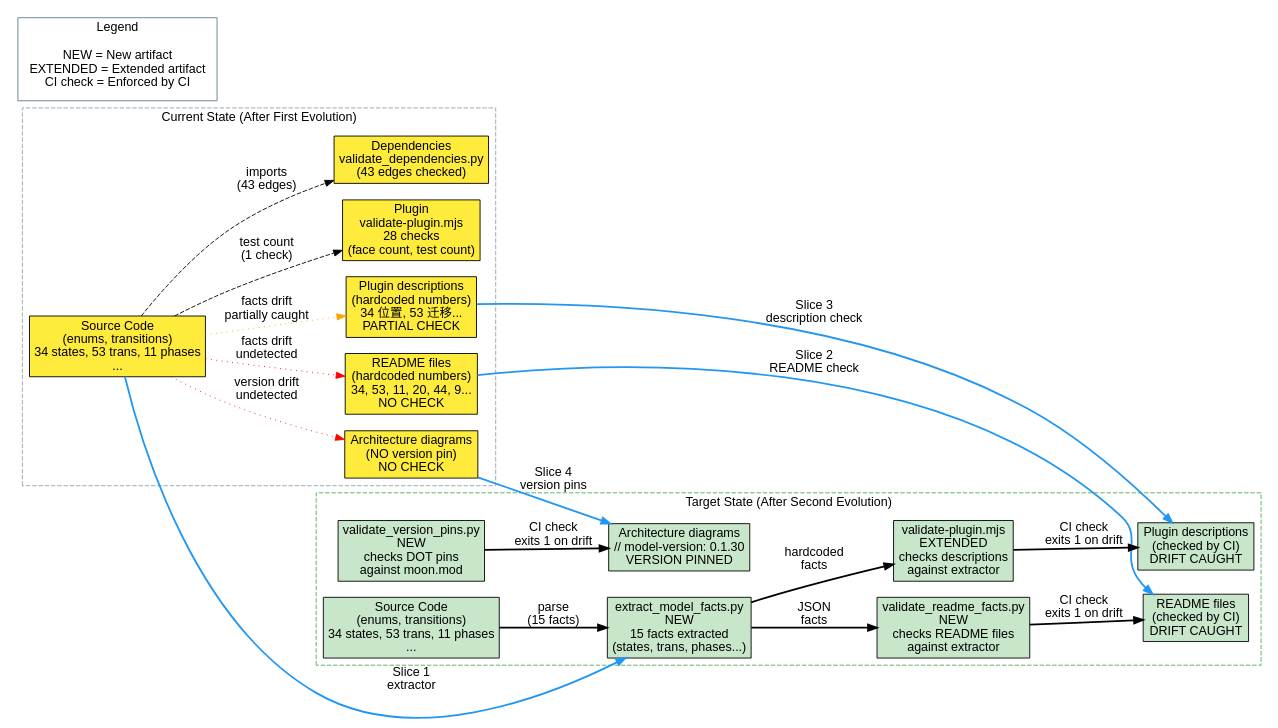
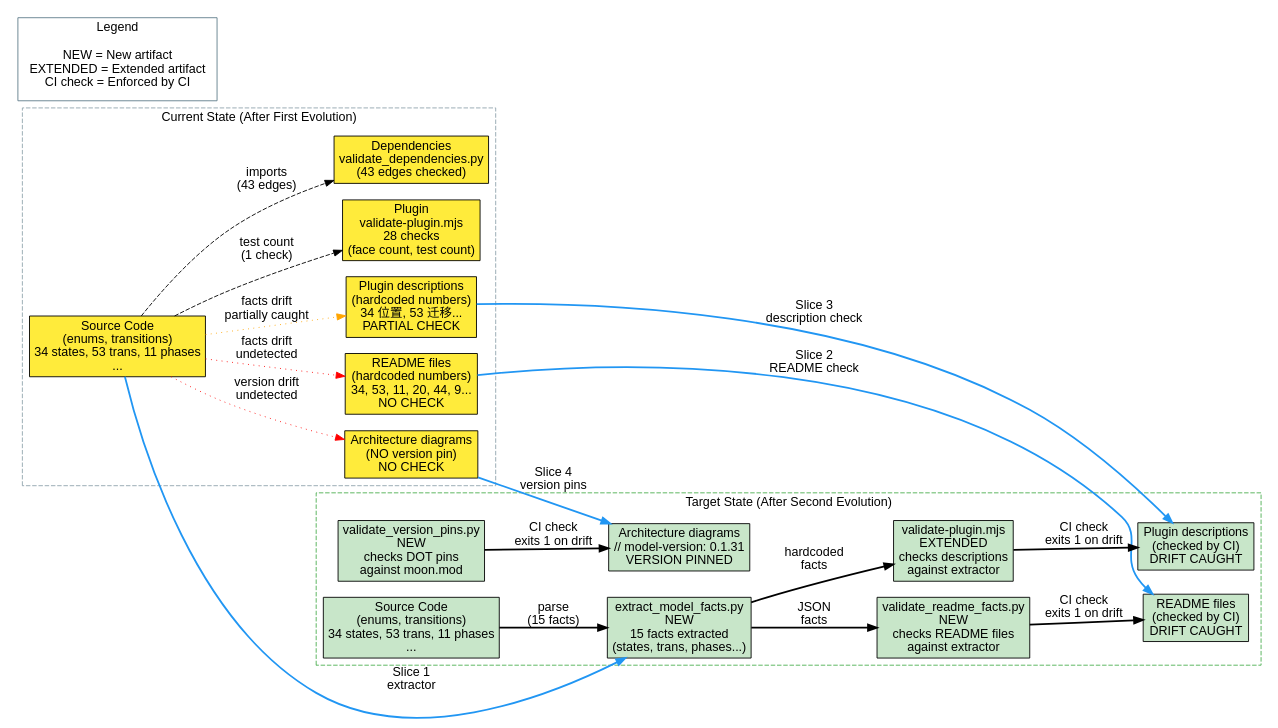
Before and after one commit to riantr/pyroduct: the diagram in architecture/architecture-evolution-v2.dot, drawn with Graphviz. The commit also changed 10 other files, not shown here.

```diff
--- a/architecture/architecture-evolution-v2.dot
+++ b/architecture/architecture-evolution-v2.dot
@@ -1,74 +1,74 @@
 // Model Fact Registry Evolution — Current vs Target State
 // Generated: 2026-10-11
 
 // model-version: 0.1.31
 digraph EvolutionV2 {
   rankdir=LR;
   fontname="Arial";
   node [fontname="Arial", style=filled, fillcolor="#E3F2FD", shape=box];
   edge [fontname="Arial"];
   
   subgraph cluster_current {
     label="Current State (After First Evolution)";
     style=dashed;
     color="#90A4AE";
     fontname="Arial";
     
     node [fillcolor="#FFEB3B"];
     
     current_source [label="Source Code\n(enums, transitions)\n34 states, 53 trans, 11 phases\n..."];
     current_plugin [label="Plugin\nvalidate-plugin.mjs\n28 checks\n(face count, test count)"];
     current_deps [label="Dependencies\nvalidate_dependencies.py\n(43 edges checked)"];
     current_readme [label="README files\n(hardcoded numbers)\n34, 53, 11, 20, 44, 9...\nNO CHECK"];
     current_desc [label="Plugin descriptions\n(hardcoded numbers)\n34 位置, 53 迁移...\nPARTIAL CHECK"];
     current_diagrams [label="Architecture diagrams\n(NO version pin)\nNO CHECK"];
     
     current_source -> current_plugin [label="test count\n(1 check)", style=dashed];
     current_source -> current_deps [label="imports\n(43 edges)", style=dashed];
     current_source -> current_readme [label="facts drift\nundetected", style=dotted, color=red];
     current_source -> current_desc [label="facts drift\npartially caught", style=dotted, color=orange];
     current_source -> current_diagrams [label="version drift\nundetected", style=dotted, color=red];
   }
   
   subgraph cluster_target {
     label="Target State (After Second Evolution)";
     style=dashed;
     color="#4CAF50";
     fontname="Arial";
     
     node [fillcolor="#C8E6C9"];
     
     target_source [label="Source Code\n(enums, transitions)\n34 states, 53 trans, 11 phases\n..."];
     target_extractor [label="extract_model_facts.py\nNEW\n15 facts extracted\n(states, trans, phases...)"];
     target_readme_check [label="validate_readme_facts.py\nNEW\nchecks README files\nagainst extractor"];
     target_plugin_check [label="validate-plugin.mjs\nEXTENDED\nchecks descriptions\nagainst extractor"];
     target_version_check [label="validate_version_pins.py\nNEW\nchecks DOT pins\nagainst moon.mod"];
     target_readme [label="README files\n(checked by CI)\nDRIFT CAUGHT"];
     target_desc [label="Plugin descriptions\n(checked by CI)\nDRIFT CAUGHT"];
-    target_diagrams [label="Architecture diagrams\n// model-version: 0.1.30\nVERSION PINNED"];
+    target_diagrams [label="Architecture diagrams\n// model-version: 0.1.31\nVERSION PINNED"];
     
     target_source -> target_extractor [label="parse\n(15 facts)", style=bold];
     target_extractor -> target_readme_check [label="JSON\nfacts", style=bold];
     target_extractor -> target_plugin_check [label="hardcoded\nfacts", style=bold];
     target_readme_check -> target_readme [label="CI check\nexits 1 on drift", style=bold];
     target_plugin_check -> target_desc [label="CI check\nexits 1 on drift", style=bold];
     target_version_check -> target_diagrams [label="CI check\nexits 1 on drift", style=bold];
   }
   
   // Evolution arrows
   current_readme -> target_readme [label="Slice 2\nREADME check", style=bold, color="#2196F3"];
   current_desc -> target_desc [label="Slice 3\ndescription check", style=bold, color="#2196F3"];
   current_diagrams -> target_diagrams [label="Slice 4\nversion pins", style=bold, color="#2196F3"];
   current_source -> target_extractor [label="Slice 1\nextractor", style=bold, color="#2196F3"];
   
   // Legend
   subgraph cluster_legend {
     label="Legend";
     style=solid;
     color="#607D8B";
     fontname="Arial";
     node [shape=plaintext, fillcolor=white];
     
     legend_new [label="NEW = New artifact\nEXTENDED = Extended artifact\nCI check = Enforced by CI"];
   }
 }
```
